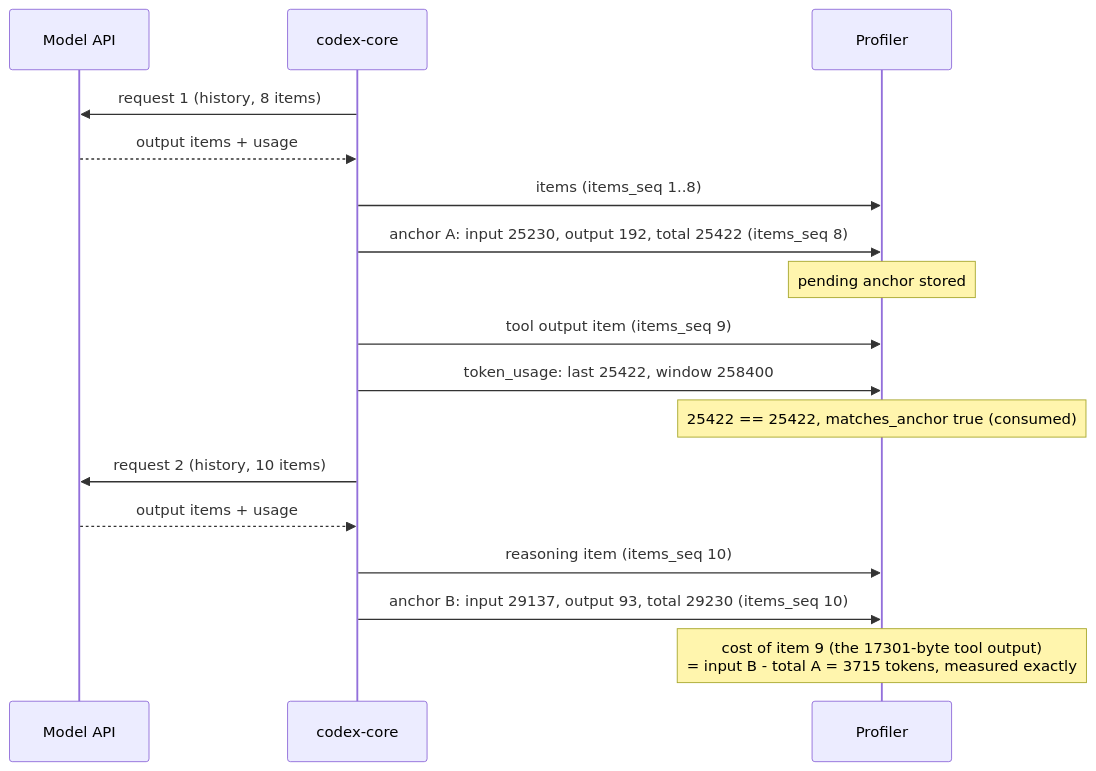
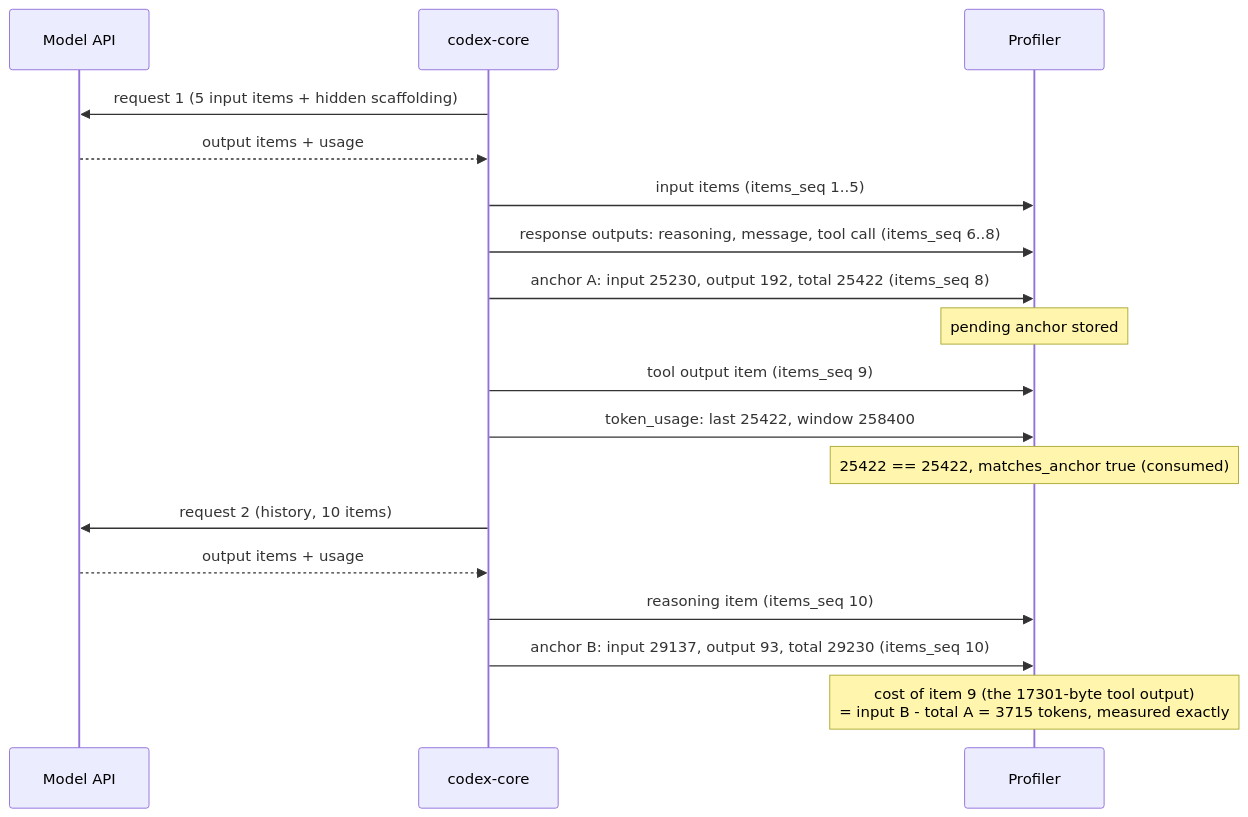
Before and after one commit to FJPez/codex-ctx: the second of 7 diagrams in specs/2026-09-02-context-reconstruction.md, drawn with Mermaid. The commit also changed 2 other files, not shown here.

Commit message:
Match the measured item kinds in the capture replay

````diff
--- a/specs/2026-09-02-context-reconstruction.md
+++ b/specs/2026-09-02-context-reconstruction.md
@@ -51,19 +51,20 @@
 ```mermaid
 sequenceDiagram
     participant M as Model API
     participant C as codex-core
     participant P as Profiler
-    C->>M: request 1 (history, 8 items)
+    C->>M: request 1 (5 input items + hidden scaffolding)
     M-->>C: output items + usage
-    C->>P: items (items_seq 1..8)
+    C->>P: input items (items_seq 1..5)
+    C->>P: response outputs: reasoning, message, tool call (items_seq 6..8)
     C->>P: anchor A: input 25230, output 192, total 25422 (items_seq 8)
     Note over P: pending anchor stored
     C->>P: tool output item (items_seq 9)
     C->>P: token_usage: last 25422, window 258400
     Note over P: 25422 == 25422, matches_anchor true (consumed)
     C->>M: request 2 (history, 10 items)
     M-->>C: output items + usage
     C->>P: reasoning item (items_seq 10)
     C->>P: anchor B: input 29137, output 93, total 29230 (items_seq 10)
     Note over P: cost of item 9 (the 17301-byte tool output)<br/>= input B - total A = 3715 tokens, measured exactly
 ```
````
